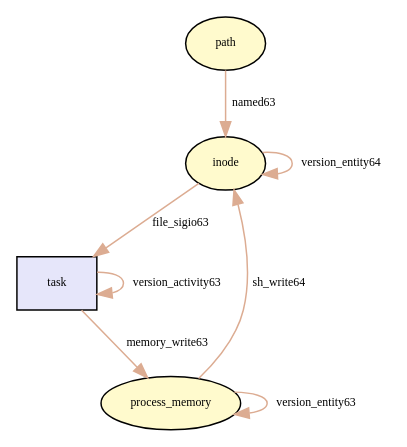
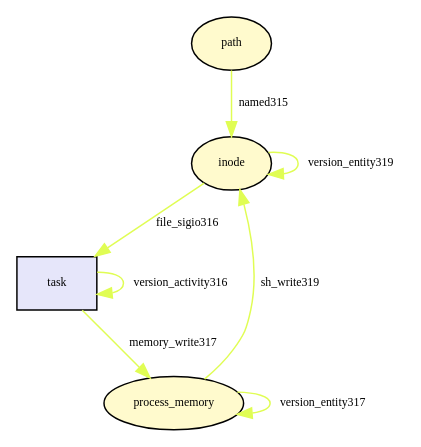
Before and after one commit to TinkerBellSystem/graph-matching: the diagram in tmp/provenance_file_send_sigiotask.dot, drawn with Graphviz. The commit also changed 76 other files, not shown here.

```diff
--- a/tmp/provenance_file_send_sigiotask.dot
+++ b/tmp/provenance_file_send_sigiotask.dot
@@ -1,23 +1,23 @@
 digraph RGL__DirectedAdjacencyGraph {path[fontsize = 8,label = "path",shape = ellipse, fillcolor="#fffacd", style = filled]
 
 inode[fontsize = 8,label = "inode",shape = ellipse, fillcolor="#fffacd", style = filled]
 
-path -> inode[fontsize = 8,label = "named63", color="#dcac92"]
+path -> inode[fontsize = 8,label = "named315", color="#e0fd54"]
 
 task[fontsize = 8,label = "task",shape = rectangle, fillcolor="#e6e6fa", style = filled]
 
-task -> task[fontsize = 8,label = "version_activity63", color="#dcac92"]
+task -> task[fontsize = 8,label = "version_activity316", color="#e0fd54"]
 
-inode -> task[fontsize = 8,label = "file_sigio63", color="#dcac92"]
+inode -> task[fontsize = 8,label = "file_sigio316", color="#e0fd54"]
 
 process_memory[fontsize = 8,label = "process_memory",shape = ellipse, fillcolor="#fffacd", style = filled]
 
-process_memory -> process_memory[fontsize = 8,label = "version_entity63", color="#dcac92"]
+process_memory -> process_memory[fontsize = 8,label = "version_entity317", color="#e0fd54"]
 
-task -> process_memory[fontsize = 8,label = "memory_write63", color="#dcac92"]
+task -> process_memory[fontsize = 8,label = "memory_write317", color="#e0fd54"]
 
-inode -> inode[fontsize = 8,label = "version_entity64", color="#dcac92"]
+inode -> inode[fontsize = 8,label = "version_entity319", color="#e0fd54"]
 
-process_memory -> inode[fontsize = 8,label = "sh_write64", color="#dcac92"]
+process_memory -> inode[fontsize = 8,label = "sh_write319", color="#e0fd54"]
 
 }
```
